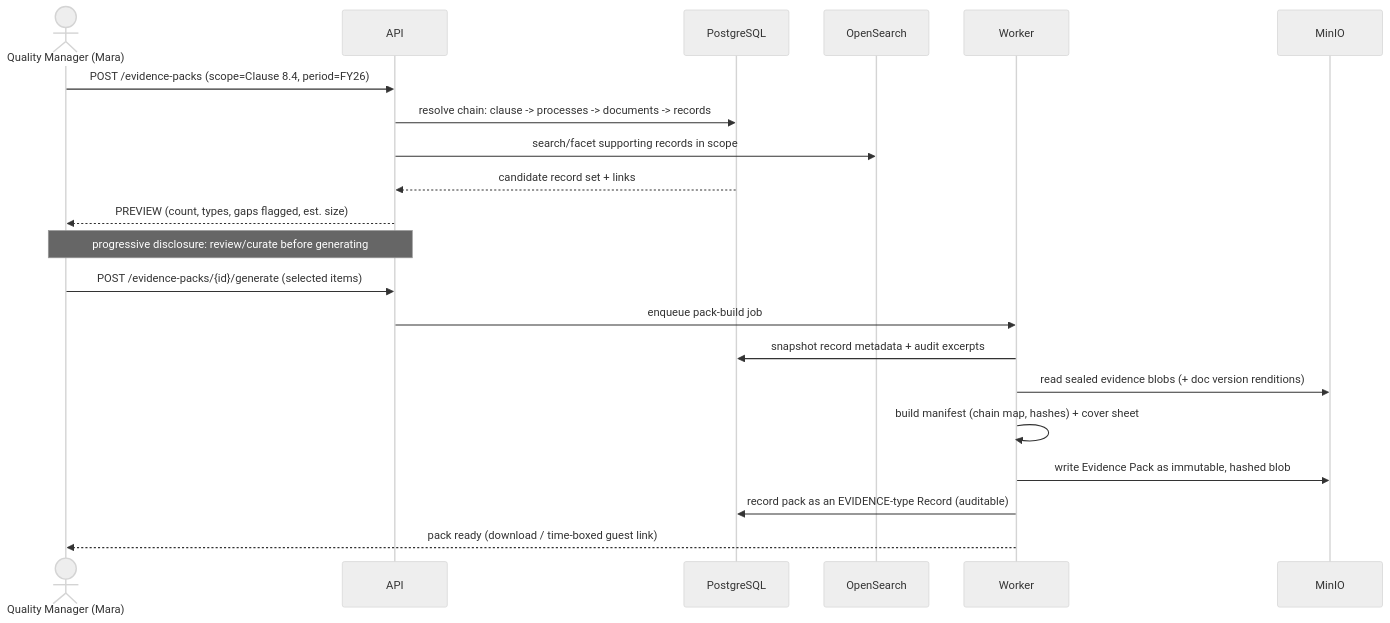
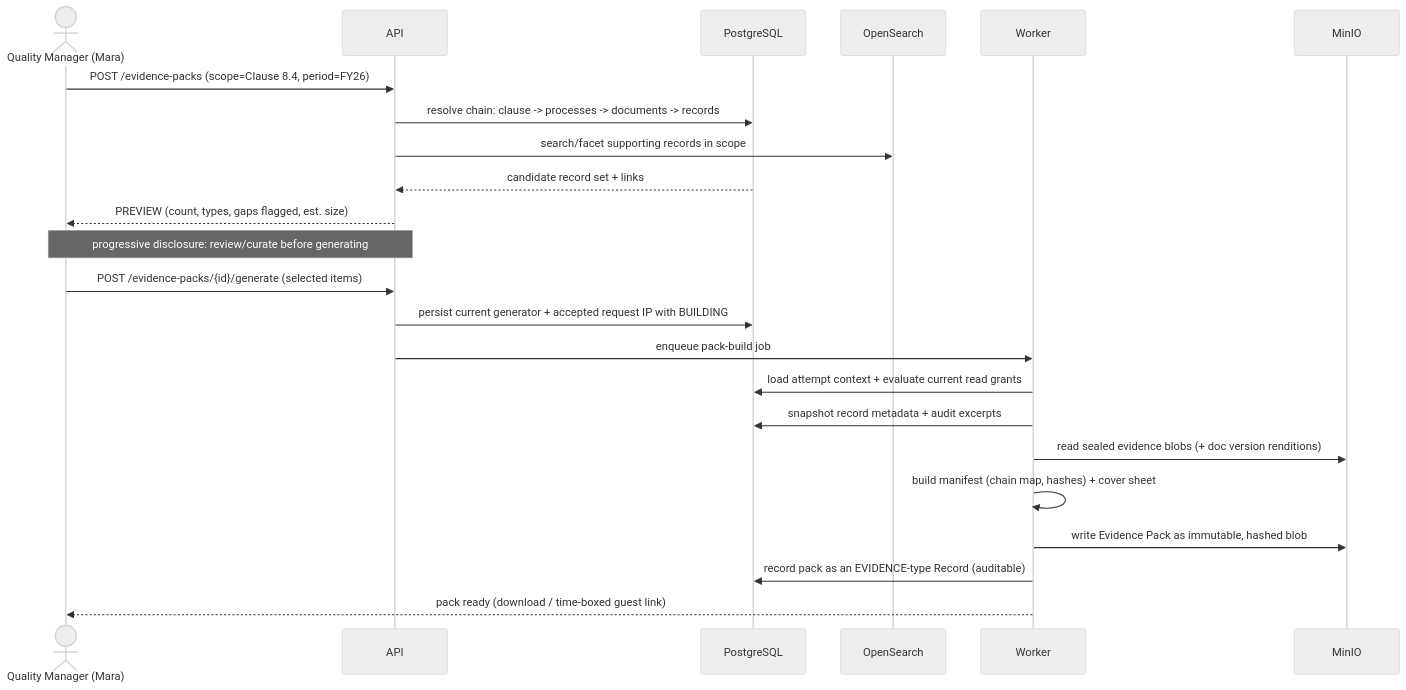
One commit to CoJoA13/EasySynQ changed the fifth of 5 diagrams in docs/06-records-and-evidence.md. Above: the diagram before and after it, drawn with Mermaid (neutral theme). The commit also changed other lines of this file and 22 other files, not shown here.

First line of the commit message:
fix(packs): preserve generator context in worker (#414)

````diff
--- a/docs/06-records-and-evidence.md
+++ b/docs/06-records-and-evidence.md
@@ -395,24 +395,26 @@
 ```mermaid
 sequenceDiagram
     actor Mara as Quality Manager (Mara)
     participant API
     participant PG as PostgreSQL
     participant IDX as OpenSearch
     participant Worker
     participant MinIO
 
     Mara->>API: POST /evidence-packs (scope=Clause 8.4, period=FY26)
     API->>PG: resolve chain: clause -> processes -> documents -> records
     API->>IDX: search/facet supporting records in scope
     PG-->>API: candidate record set + links
     API-->>Mara: PREVIEW (count, types, gaps flagged, est. size)
     Note over Mara,API: progressive disclosure: review/curate before generating
     Mara->>API: POST /evidence-packs/{id}/generate (selected items)
+    API->>PG: persist current generator + accepted request IP with BUILDING
     API->>Worker: enqueue pack-build job
+    Worker->>PG: load attempt context + evaluate current read grants
     Worker->>PG: snapshot record metadata + audit excerpts
     Worker->>MinIO: read sealed evidence blobs (+ doc version renditions)
     Worker->>Worker: build manifest (chain map, hashes) + cover sheet
     Worker->>MinIO: write Evidence Pack as immutable, hashed blob
     Worker->>PG: record pack as an EVIDENCE-type Record (auditable)
     Worker-->>Mara: pack ready (download / time-boxed guest link)
 ```
````
